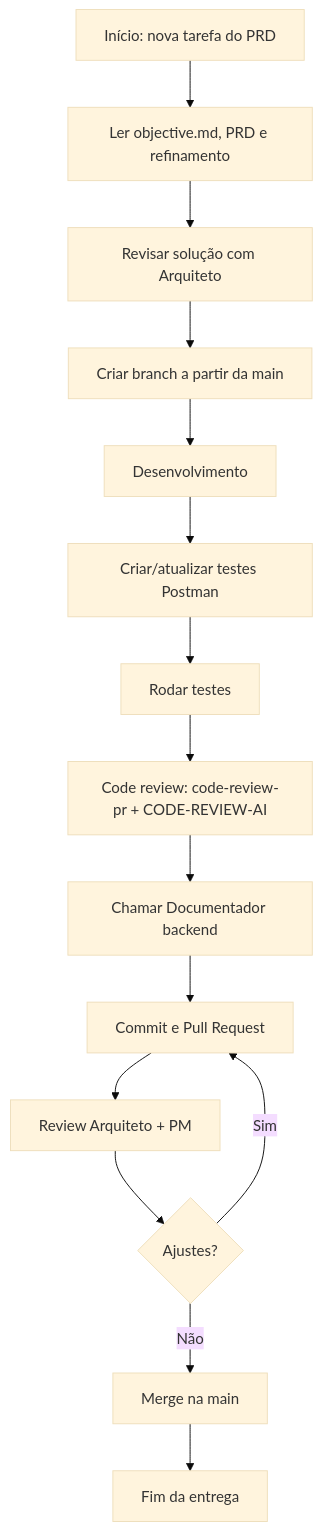
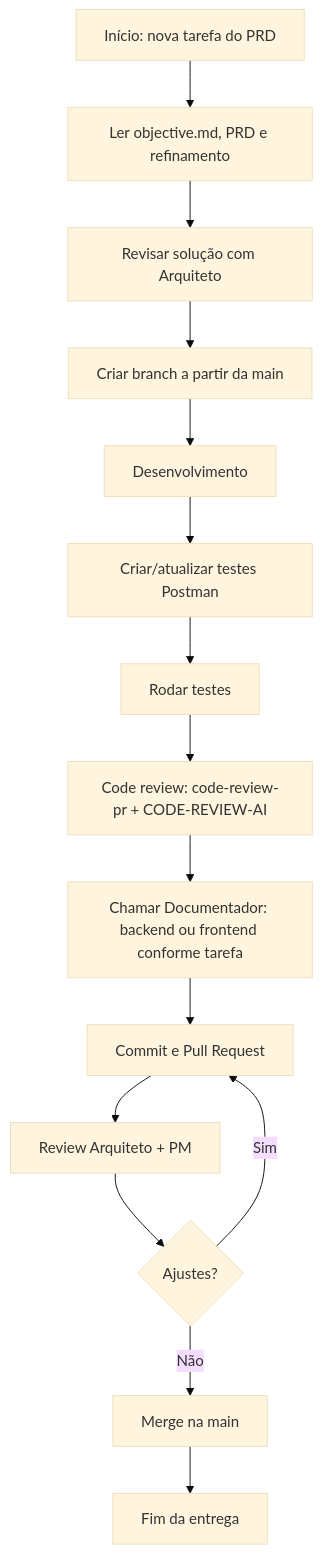
One commit to antoniosneto/fitness-coach changed the diagram in agents/dev-workflow.md. Above: the diagram before and after it, drawn with Mermaid (base theme). The commit also changed other lines of this file and 8 other files, not shown here.

First line of the commit message:
docs(agents): add documentador frontend and docs/frontend structure

````diff
--- a/agents/dev-workflow.md
+++ b/agents/dev-workflow.md
@@ -101,17 +113,17 @@
 ```mermaid
 flowchart TD
     A[Início: nova tarefa do PRD] --> B[Ler objective.md, PRD e refinamento]
     B --> C[Revisar solução com Arquiteto]
     C --> D[Criar branch a partir da main]
     D --> E[Desenvolvimento]
     E --> F[Criar/atualizar testes Postman]
     F --> G[Rodar testes]
     G --> H[Code review: code-review-pr + CODE-REVIEW-AI]
-    H --> I[Chamar Documentador backend]
+    H --> I[Chamar Documentador: backend ou frontend conforme tarefa]
     I --> J[Commit e Pull Request]
     J --> K[Review Arquiteto + PM]
     K --> L{Ajustes?}
     L -->|Sim| J
     L -->|Não| M[Merge na main]
     M --> N[Fim da entrega]
 ```
````
